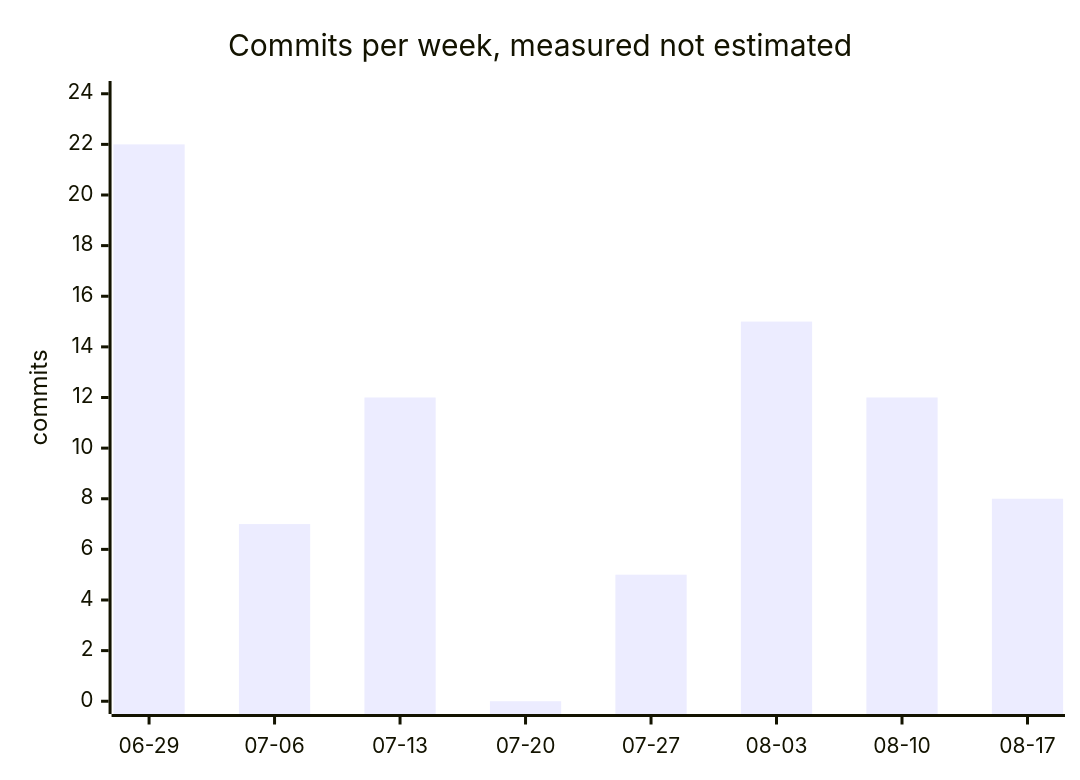
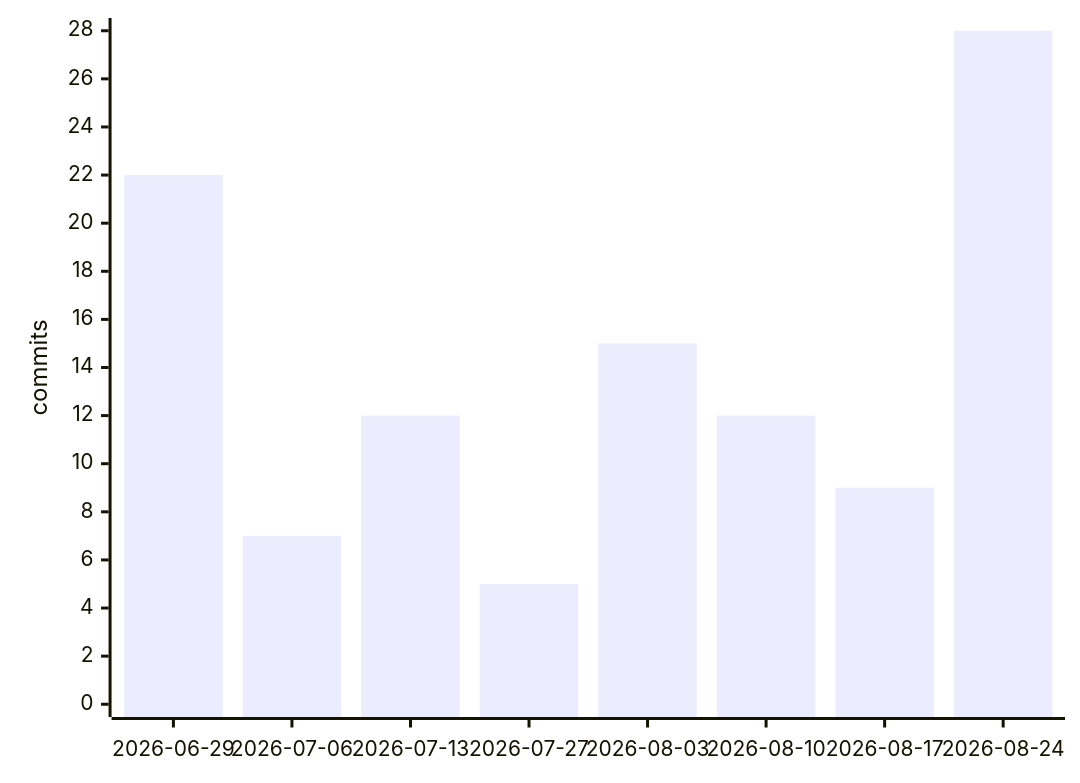
The first of 3 diagrams in README.md (Manashjyoti-Bora/Manashjyoti-Bora), drawn with Mermaid before and after one commit. The commit also changed other lines of this file and 5 other files, not shown here.

````diff
--- a/README.md
+++ b/README.md
@@ -162,7 +163,6 @@
 ```mermaid
 xychart-beta
-    title "Commits per week, measured not estimated"
-    x-axis ["06-29", "07-06", "07-13", "07-20", "07-27", "08-03", "08-10", "08-17"]
-    y-axis "commits" 0 --> 24
-    bar [22, 7, 12, 0, 5, 15, 12, 8]
+    x-axis ["2026-06-29", "2026-07-06", "2026-07-13", "2026-07-27", "2026-08-03", "2026-08-10", "2026-08-17", "2026-08-24"]
+    y-axis "commits" 0 --> 28
+    bar [22, 7, 12, 5, 15, 12, 9, 28]
 ```
````
